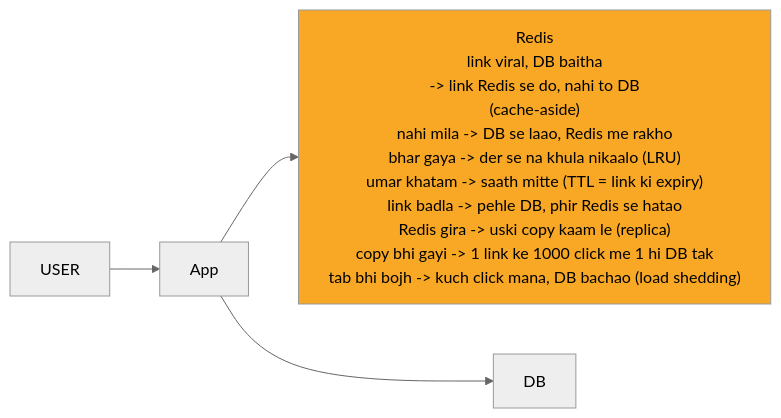
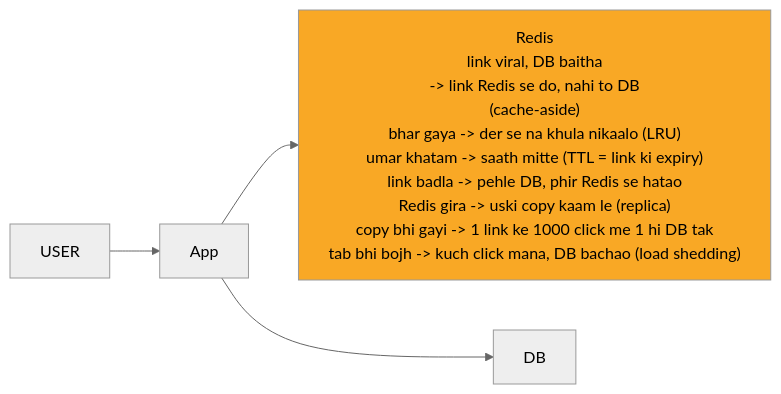
Before and after one commit to ArpanMaheshwari144/Prep: the second of 10 diagrams in 04_HLD/SYSTEM_DESIGNS/01_url_shortener/01_url_shortener.md, drawn with Mermaid (neutral theme). The commit also changed other lines of this file, not shown here.

Commit message:
url shortener: peele dabbe chhote (Redis 10, Kafka 8 line)

````diff
--- a/04_HLD/SYSTEM_DESIGNS/01_url_shortener/01_url_shortener.md
+++ b/04_HLD/SYSTEM_DESIGNS/01_url_shortener/01_url_shortener.md
@@ -113,12 +113,12 @@
 ```mermaid
 %%{init: {"flowchart": {"wrappingWidth": 450}}}%%
 flowchart LR
     n_USER["USER"]
     n_App["App"]
-    n_Redis["Redis<br/>link viral, DB baitha<br/>-> link Redis se do, nahi to DB<br/>(cache-aside)<br/>nahi mila -> DB se laao, Redis me rakho<br/>bhar gaya -> der se na khula nikaalo (LRU)<br/>umar khatam -> saath mitte (TTL = link ki expiry)<br/>link badla -> pehle DB, phir Redis se hatao<br/>Redis gira -> uski copy kaam le (replica)<br/>copy bhi gayi -> 1 link ke 1000 click me 1 hi DB tak<br/>tab bhi bojh -> kuch click mana, DB bachao (load shedding)"]
+    n_Redis["Redis<br/>link viral, DB baitha<br/>-> link Redis se do, nahi to DB<br/>(cache-aside)<br/>bhar gaya -> der se na khula nikaalo (LRU)<br/>umar khatam -> saath mitte (TTL = link ki expiry)<br/>link badla -> pehle DB, phir Redis se hatao<br/>Redis gira -> uski copy kaam le (replica)<br/>copy bhi gayi -> 1 link ke 1000 click me 1 hi DB tak<br/>tab bhi bojh -> kuch click mana, DB bachao (load shedding)"]
     n_DB["DB"]
     n_USER --> n_App
     n_App --> n_Redis
     n_App --> n_DB
     style n_Redis fill:#f9a825,color:#000
 ```
````
